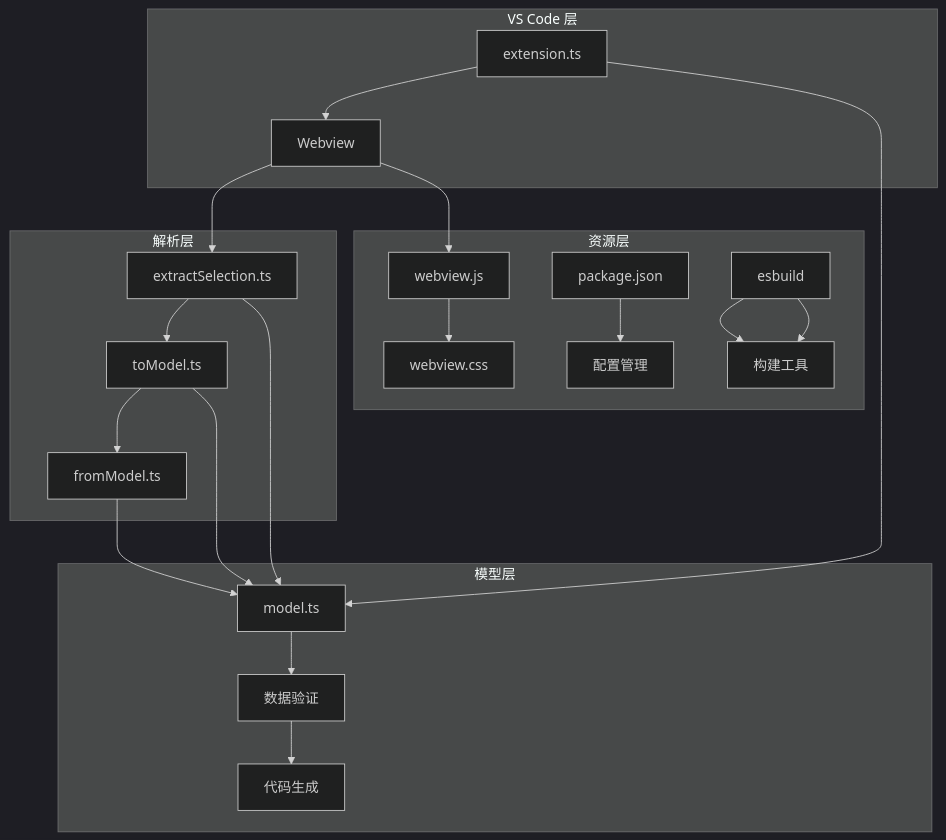
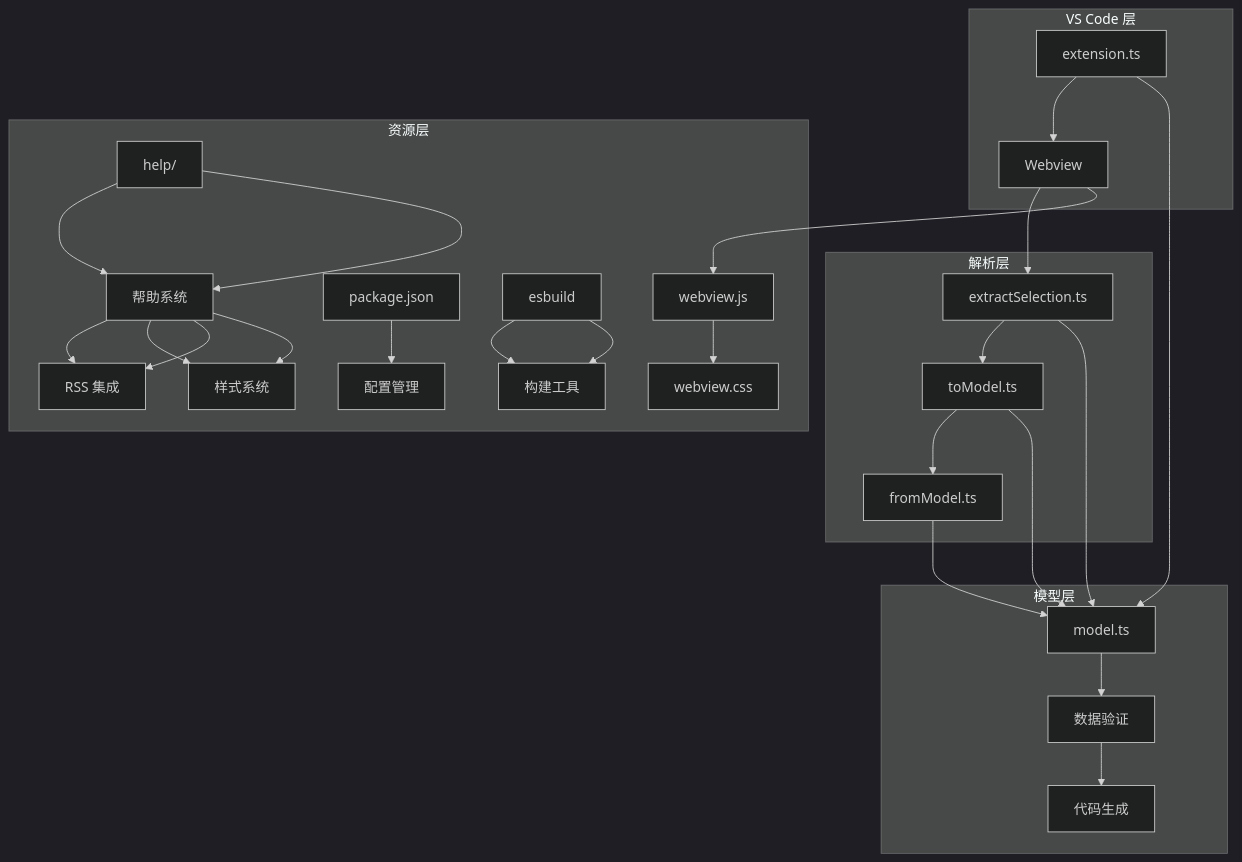
Before and after one commit to meiok1/wysjson: the third of 15 diagrams in .qoder/repowiki/zh/content/开发者指南/开发者指南.md, drawn with Mermaid (dark theme). The commit also changed other lines of this file and 58 other files, not shown here.

````diff
--- a/.qoder/repowiki/zh/content/开发者指南/开发者指南.md
+++ b/.qoder/repowiki/zh/content/开发者指南/开发者指南.md
@@ -133,26 +177,32 @@
 ```mermaid
 graph TB
 subgraph "VS Code 层"
 A[extension.ts] --> B[Webview]
 end
 subgraph "解析层"
 B --> C[extractSelection.ts]
 C --> D[toModel.ts]
 D --> E[fromModel.ts]
 end
 subgraph "模型层"
 F[model.ts] --> G[数据验证]
 G --> H[代码生成]
 end
 subgraph "资源层"
 I[webview.js] --> J[webview.css]
 K[package.json] --> L[配置管理]
 M[esbuild] --> N[构建工具]
+O[help/] --> P[帮助系统]
+P --> Q[RSS 集成]
+P --> R[样式系统]
 end
 A --> F
 B --> I
 C --> F
 D --> F
 E --> F
 M --> N
+O --> P
+P --> Q
+P --> R
 ```
````
